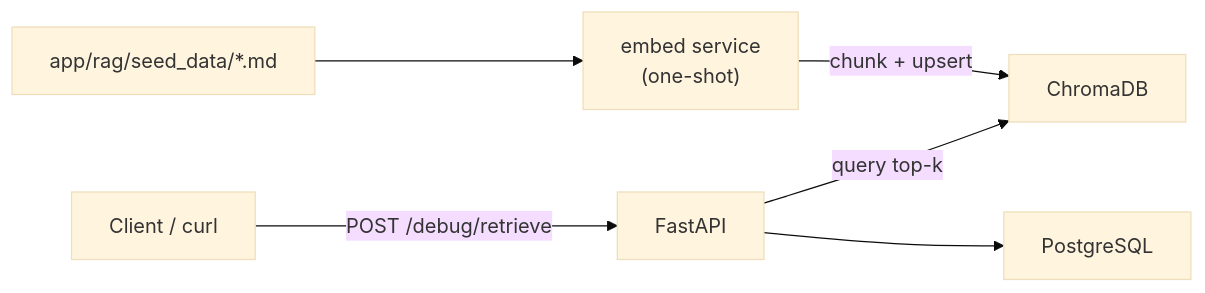
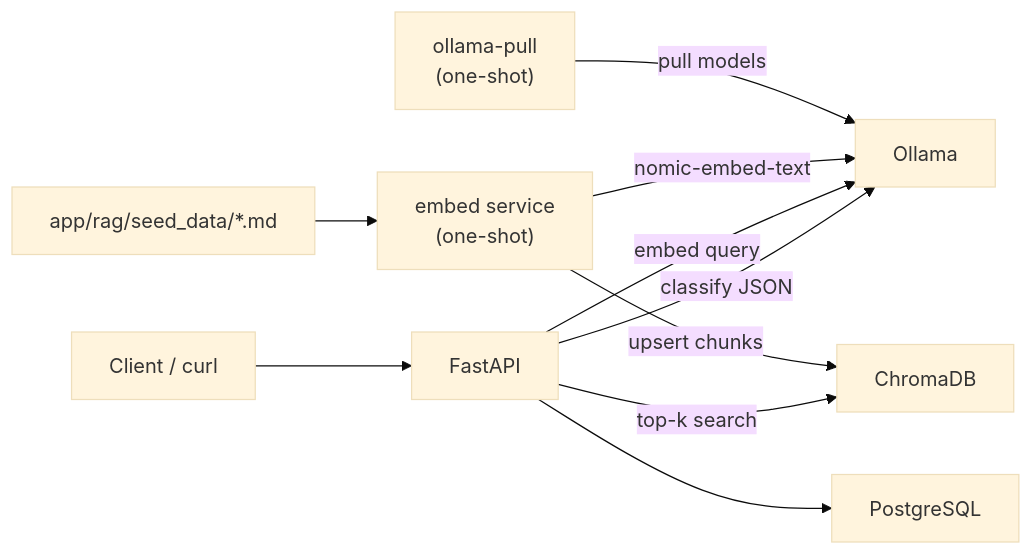
Before and after one commit to Pratanu123/ticket-triage-rag: the diagram in README.md, drawn with Mermaid (base theme). The commit also changed other lines of this file and 10 other files, not shown here.

````diff
--- a/README.md
+++ b/README.md
@@ -21,8 +23,12 @@
 ```mermaid
 flowchart LR
-  Client["Client / curl"] -->|POST /debug/retrieve| API["FastAPI"]
-  EmbedJob["embed service\n(one-shot)"] -->|chunk + upsert| Chroma["ChromaDB"]
+  Client["Client / curl"] --> API["FastAPI"]
+  Pull["ollama-pull\n(one-shot)"] -->|pull models| Ollama["Ollama"]
+  EmbedJob["embed service\n(one-shot)"] -->|nomic-embed-text| Ollama
+  EmbedJob -->|upsert chunks| Chroma["ChromaDB"]
   Seed["app/rag/seed_data/*.md"] --> EmbedJob
-  API -->|query top-k| Chroma
+  API -->|embed query| Ollama
+  API -->|top-k search| Chroma
+  API -->|classify JSON| Ollama
   API --> PG["PostgreSQL"]
 ```
````
